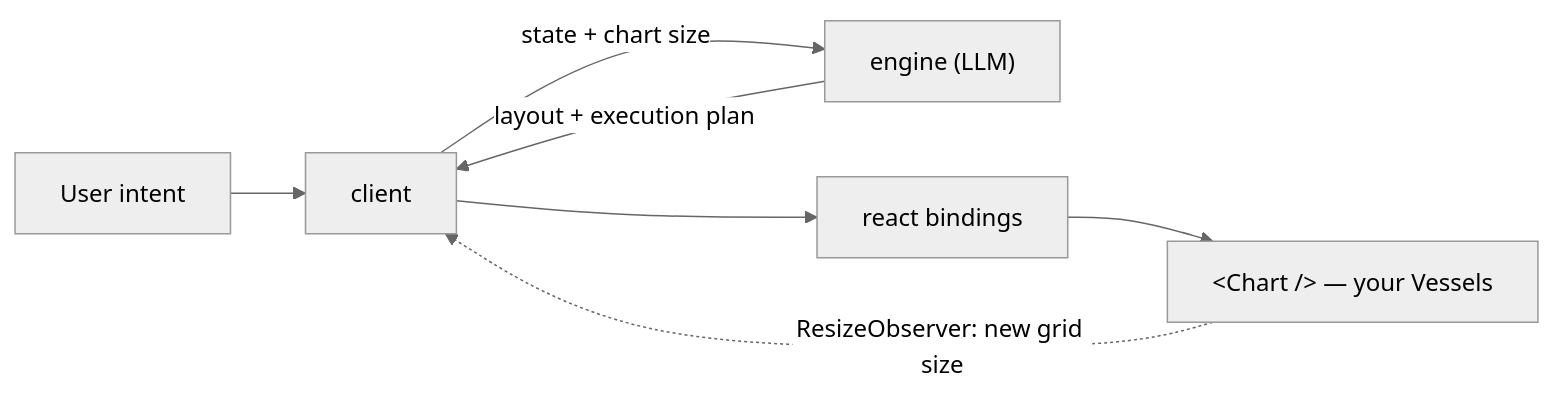
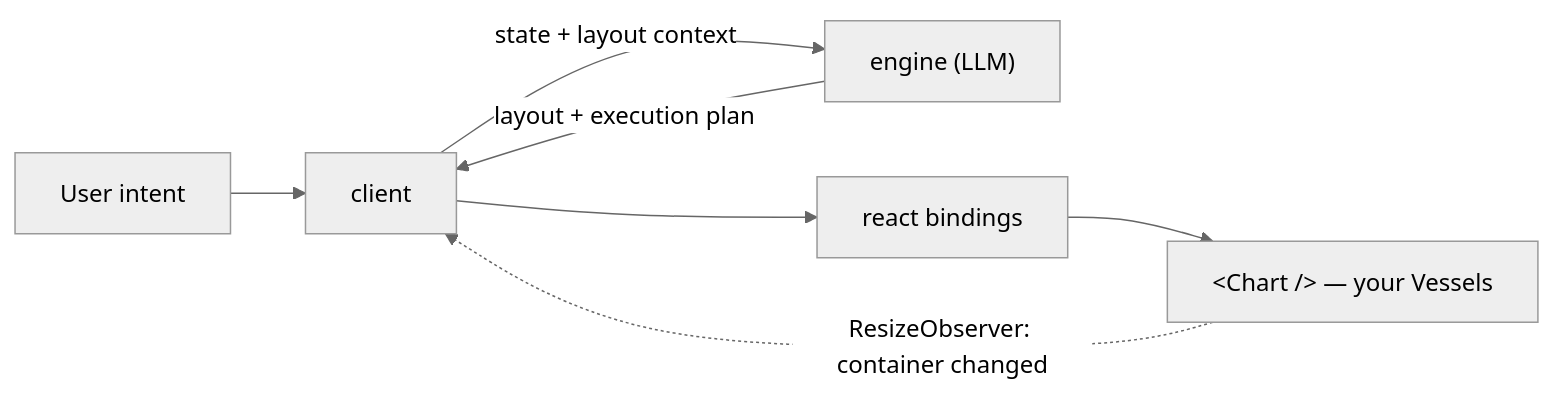
Before and after one commit to maelstrom-co/maelstrom: the diagram in README.md, drawn with Mermaid (neutral theme). The commit also changed other lines of this file, not shown here.

First line of the commit message:
docs: describe the Chart's layout domain as structure, not coordinates

````diff
--- a/README.md
+++ b/README.md
@@ -186,9 +177,9 @@
 ```mermaid
 flowchart LR
   intent["User intent"] --> client["client"]
-  client -->|"state + chart size"| engine["engine (LLM)"]
+  client -->|"state + layout context"| engine["engine (LLM)"]
   engine -->|"layout + execution plan"| client
   client --> react["react bindings"]
   react --> chart["&lt;Chart /&gt; — your Vessels"]
-  chart -.->|"ResizeObserver: new grid size"| client
+  chart -.->|"ResizeObserver: container changed"| client
 ```
````
